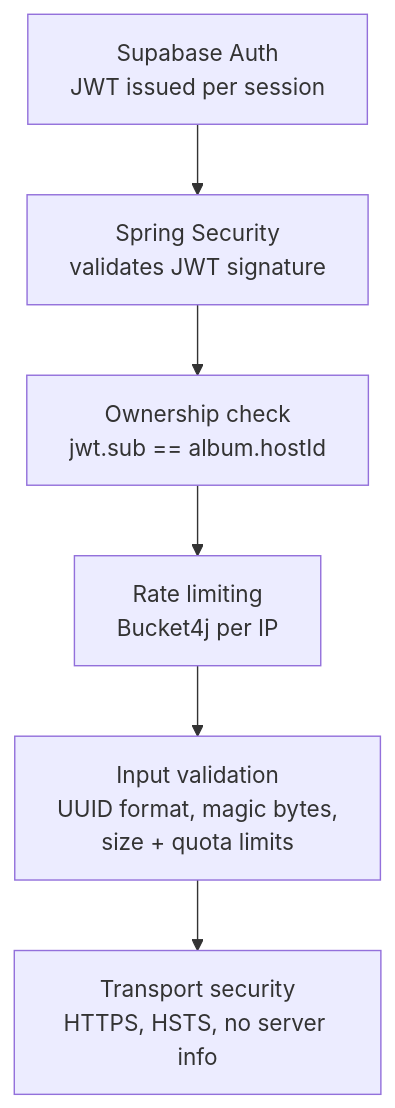
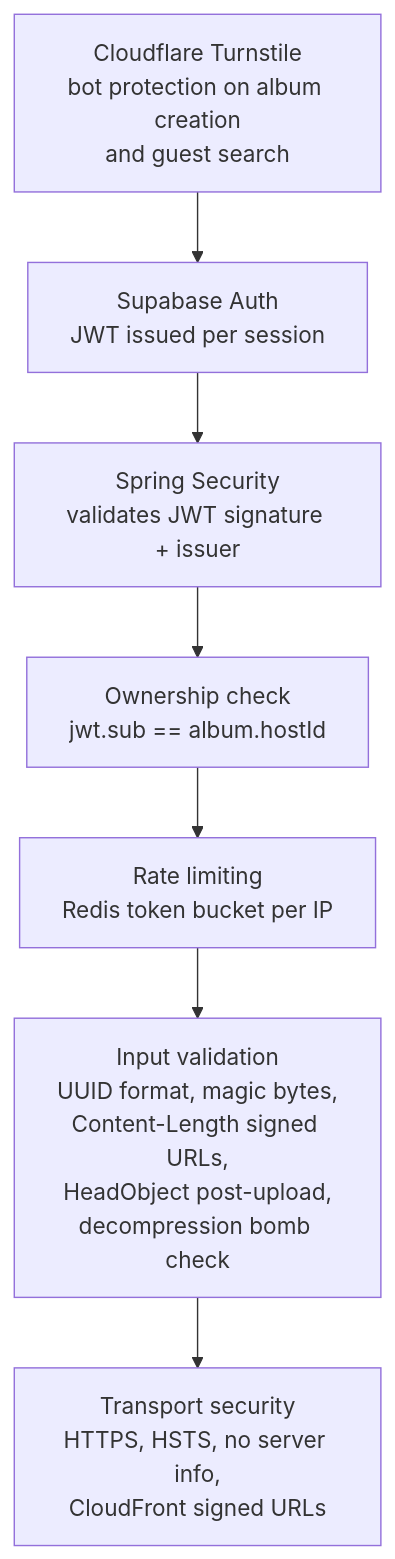
Before and after one commit to Shahir-47/grab-pic: diagram 13 of 14 in README.md, drawn with Mermaid. The commit also changed other lines of this file and 2 other files, not shown here.

Commit message:
feat: update README and code comments for clarity on photo limits and embedding dimensions

````diff
--- a/README.md
+++ b/README.md
@@ -600,8 +655,9 @@
 ```mermaid
 flowchart TD
-    L1["Supabase Auth<br>JWT issued per session"] --> L2["Spring Security<br>validates JWT signature"]
+    L0["Cloudflare Turnstile<br>bot protection on album creation<br>and guest search"] --> L1["Supabase Auth<br>JWT issued per session"]
+    L1 --> L2["Spring Security<br>validates JWT signature + issuer"]
     L2 --> L3["Ownership check<br>jwt.sub == album.hostId"]
-    L3 --> L4["Rate limiting<br>Bucket4j per IP"]
-    L4 --> L5["Input validation<br>UUID format, magic bytes,<br>size + quota limits"]
-    L5 --> L6["Transport security<br>HTTPS, HSTS, no server info"]
+    L3 --> L4["Rate limiting<br>Redis token bucket per IP"]
+    L4 --> L5["Input validation<br>UUID format, magic bytes,<br>Content-Length signed URLs,<br>HeadObject post-upload,<br>decompression bomb check"]
+    L5 --> L6["Transport security<br>HTTPS, HSTS, no server info,<br>CloudFront signed URLs"]
 ```
````
